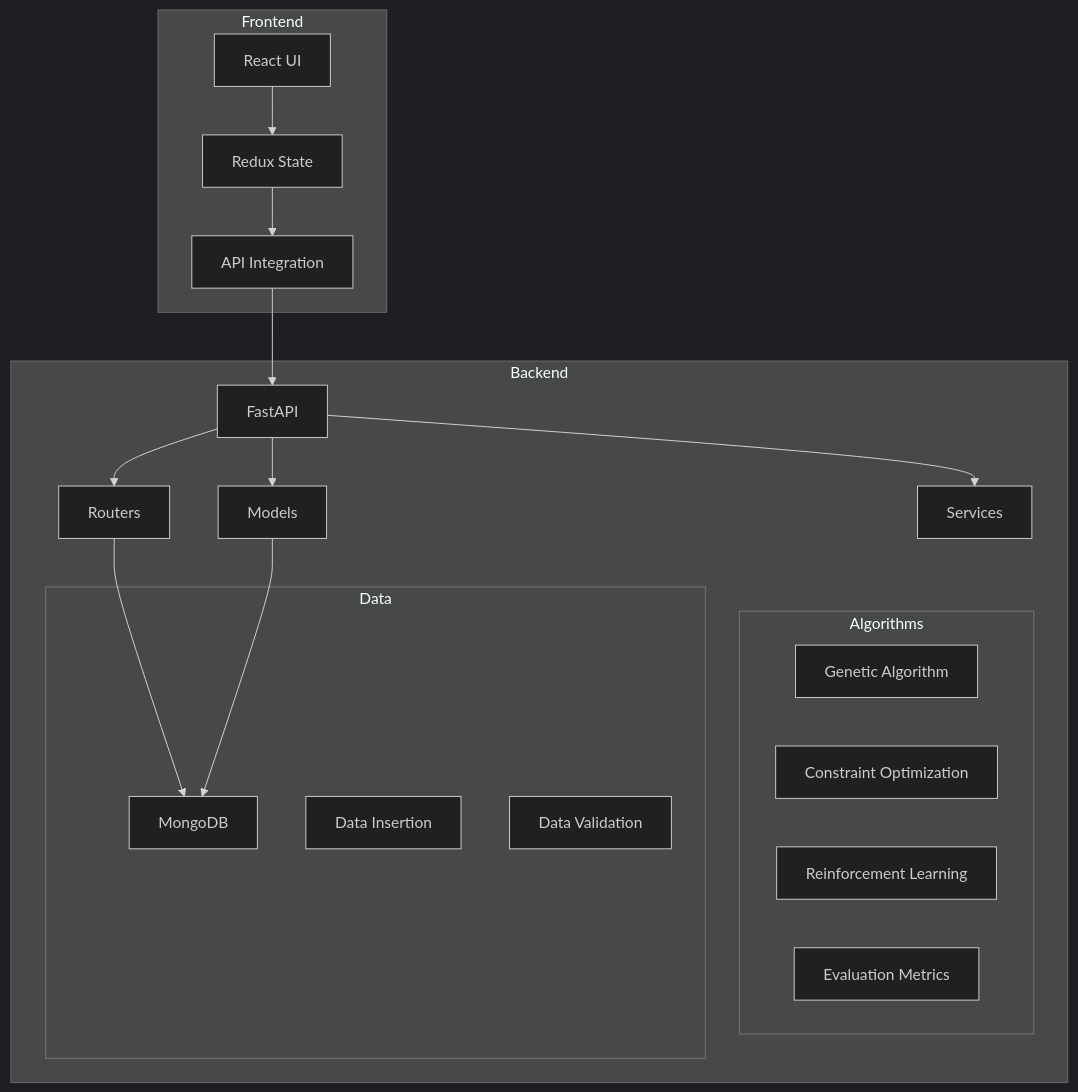
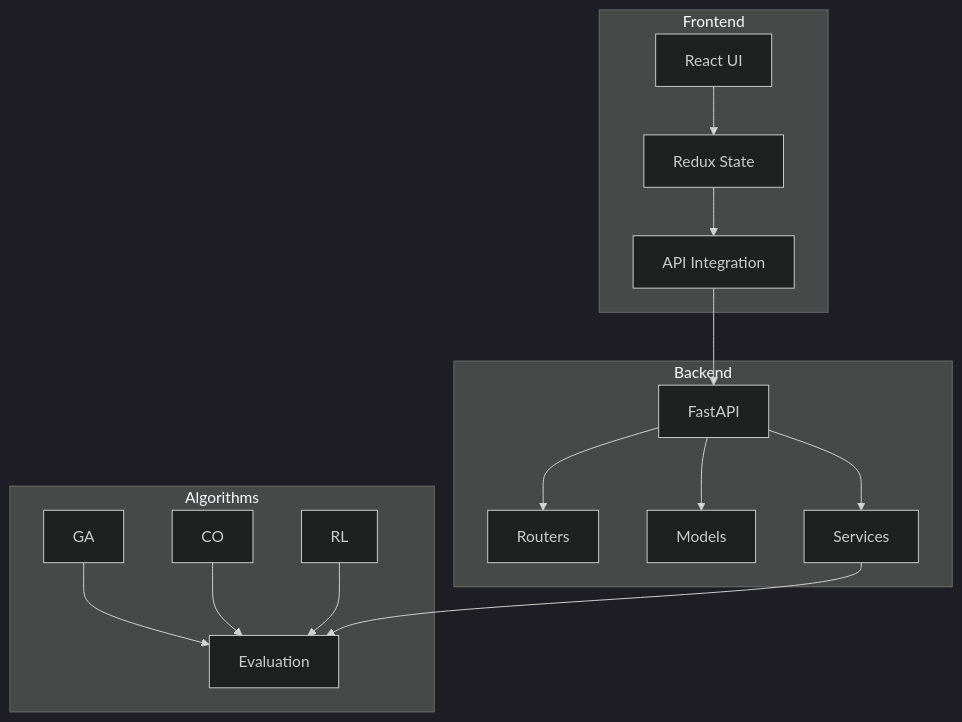
Before and after one commit to IvCodes/Advance-Timetable-Scheduling-Backend: the second of 3 diagrams in README.md, drawn with Mermaid (dark theme). The commit also changed other lines of this file, not shown here.

````diff
--- a/README.md
+++ b/README.md
@@ -47,31 +23,22 @@
 ```mermaid
-graph TD
+flowchart TD
     subgraph Frontend
-        A[React UI] --> B[Redux State]
-        B --> C[API Integration]
+    A[React UI] --> B[Redux State]
+    B --> C[API Integration]
     end
-    
+
     subgraph Backend
-        D[FastAPI] --> E[Routers]
-        D --> F[Models]
-        D --> G[Services]
-        
-        subgraph Algorithms
-            H[Genetic Algorithm]
-            I[Constraint Optimization]
-            J[Reinforcement Learning]
-            K[Evaluation Metrics]
-        end
-        
-        subgraph Data
-            L[MongoDB]
-            M[Data Insertion]
-            N[Data Validation]
-        end
+    D[FastAPI] --> E[Routers]
+    D --> F[Models]
+    D --> G[Services]
     end
-    
+
+    subgraph Algorithms
+    H[GA] --> K[Evaluation]
+    I[CO] --> K
+    J[RL] --> K
+    end
+
     C --> D
-    E --> L
-    F --> L  
-
+    G --> K
 ```
````
